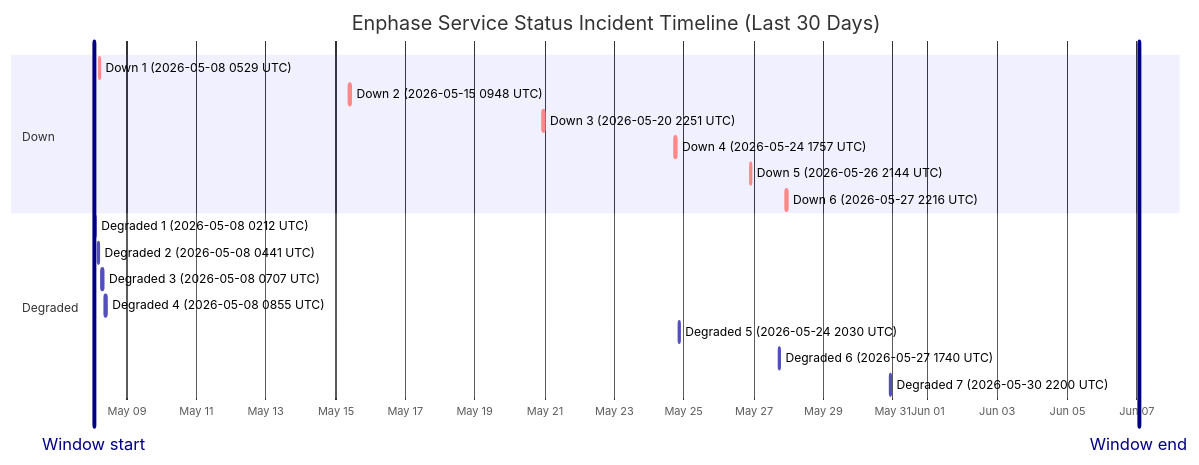
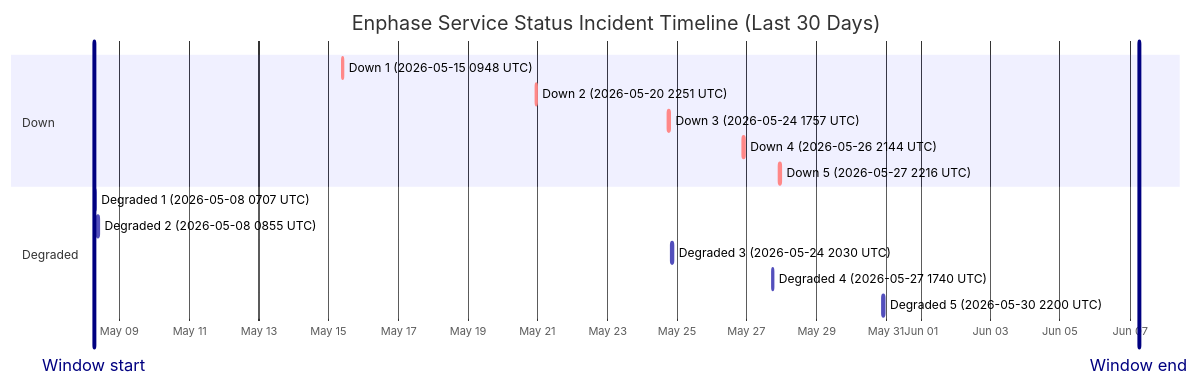
Before and after one commit to barneyonline/ha-enphase-energy: the diagram in wiki/Service-Status-History.md, drawn with Mermaid. The commit also changed other lines of this file and 3 other files, not shown here.

````diff
--- a/wiki/Service-Status-History.md
+++ b/wiki/Service-Status-History.md
@@ -14,23 +14,20 @@
 ```mermaid
 gantt
     title Enphase Service Status Incident Timeline (Last 30 Days)
     dateFormat  YYYY-MM-DDTHH:mm:ss
     axisFormat  %b %d
-    Window start :vert, window-start, 2026-05-08T01:36:36, 0ms
-    Window end :vert, window-end, 2026-06-07T01:36:36, 0ms
+    Window start :vert, window-start, 2026-05-08T06:23:25, 0ms
+    Window end :vert, window-end, 2026-06-07T06:23:25, 0ms
     section Down
-    Down 1 (2026-05-08 0529 UTC) :crit, down-1, 2026-05-08T05:29:47, 60m
-    Down 2 (2026-05-15 0948 UTC) :crit, down-2, 2026-05-15T09:48:18, 60m
-    Down 3 (2026-05-20 2251 UTC) :crit, down-3, 2026-05-20T22:51:14, 75m
-    Down 4 (2026-05-24 1757 UTC) :crit, down-4, 2026-05-24T17:57:41, 86m
-    Down 5 (2026-05-26 2144 UTC) :crit, down-5, 2026-05-26T21:44:11, 85m
-    Down 6 (2026-05-27 2216 UTC) :crit, down-6, 2026-05-27T22:16:53, 87m
+    Down 1 (2026-05-15 0948 UTC) :crit, down-1, 2026-05-15T09:48:18, 60m
+    Down 2 (2026-05-20 2251 UTC) :crit, down-2, 2026-05-20T22:51:14, 75m
+    Down 3 (2026-05-24 1757 UTC) :crit, down-3, 2026-05-24T17:57:41, 86m
+    Down 4 (2026-05-26 2144 UTC) :crit, down-4, 2026-05-26T21:44:11, 85m
+    Down 5 (2026-05-27 2216 UTC) :crit, down-5, 2026-05-27T22:16:53, 87m
     section Degraded
-    Degraded 1 (2026-05-08 0212 UTC) :active, degraded-1, 2026-05-08T02:12:39, 60m
-    Degraded 2 (2026-05-08 0441 UTC) :active, degraded-2, 2026-05-08T04:41:46, 60m
-    Degraded 3 (2026-05-08 0707 UTC) :active, degraded-3, 2026-05-08T07:07:30, 60m
-    Degraded 4 (2026-05-08 0855 UTC) :active, degraded-4, 2026-05-08T08:55:20, 88m
-    Degraded 5 (2026-05-24 2030 UTC) :active, degraded-5, 2026-05-24T20:30:57, 84m
-    Degraded 6 (2026-05-27 1740 UTC) :active, degraded-6, 2026-05-27T17:40:52, 60m
-    Degraded 7 (2026-05-30 2200 UTC) :active, degraded-7, 2026-05-30T22:00:37, 60m
+    Degraded 1 (2026-05-08 0707 UTC) :active, degraded-1, 2026-05-08T07:07:30, 60m
+    Degraded 2 (2026-05-08 0855 UTC) :active, degraded-2, 2026-05-08T08:55:20, 88m
+    Degraded 3 (2026-05-24 2030 UTC) :active, degraded-3, 2026-05-24T20:30:57, 84m
+    Degraded 4 (2026-05-27 1740 UTC) :active, degraded-4, 2026-05-27T17:40:52, 60m
+    Degraded 5 (2026-05-30 2200 UTC) :active, degraded-5, 2026-05-30T22:00:37, 60m
 ```
````
